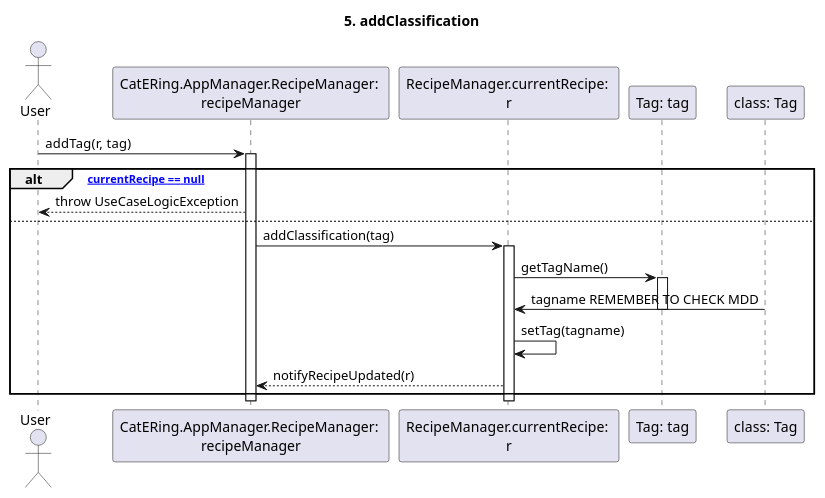
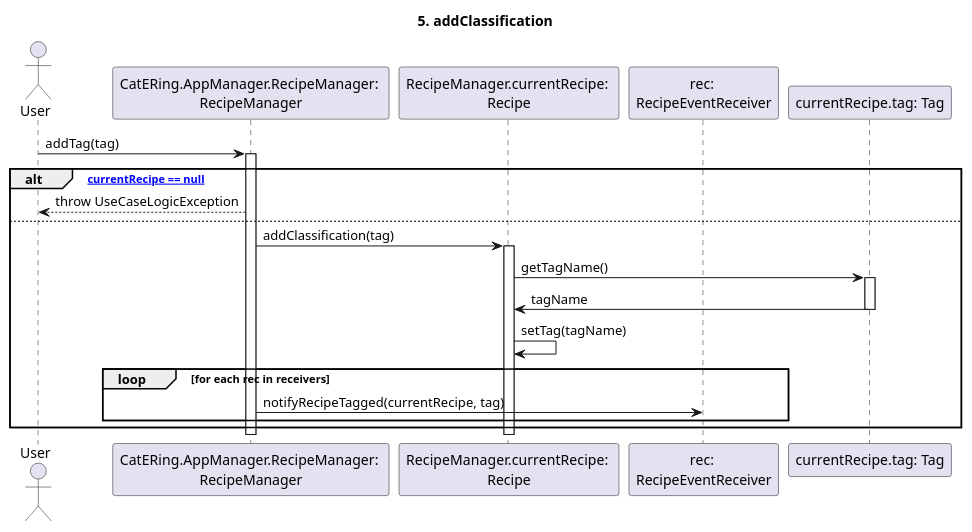
Before and after one commit to m0canu1/sas: the diagram in dsd/dsd-ricette/4-tagging.md, drawn with PlantUML. The commit also changed 3 other files, not shown here.

````diff
--- a/dsd/dsd-ricette/4-tagging.md
+++ b/dsd/dsd-ricette/4-tagging.md
@@ -1,29 +1,32 @@
 ```plantuml
 
 title: 5. addClassification
 
 Actor User
-Participant "CatERing.AppManager.RecipeManager: \nrecipeManager" as RM
-Participant "RecipeManager.currentRecipe: \nr" as CR
+Participant "CatERing.AppManager.RecipeManager: \nRecipeManager" as RM
+Participant "RecipeManager.currentRecipe: \nRecipe" as CR
+Participant "rec: \nRecipeEventReceiver" as RER
 
-User -> RM: addTag(r, tag)
+User -> RM: addTag(tag)
 Activate RM
 
 alt ["currentRecipe == null"]
 	RM --> User: throw UseCaseLogicException
 else
 	RM -> CR: addClassification(tag)
 	Activate CR
 
-	CR -> "Tag: tag": getTagName()
-	Activate "Tag: tag"
-	"class: Tag" -> CR: tagname REMEMBER TO CHECK MDD
-	Deactivate "Tag: tag"
-	CR -> CR: setTag(tagname)
-	CR --> RM: notifyRecipeUpdated(r)
+	CR -> "currentRecipe.tag: Tag": getTagName()
+	Activate "currentRecipe.tag: Tag"
+	"currentRecipe.tag: Tag" -> CR: tagName
+	Deactivate "currentRecipe.tag: Tag"
+	CR -> CR: setTag(tagName)
+	loop for each rec in receivers
+		RM -> RER: notifyRecipeTagged(currentRecipe, tag)
+	end
 end
 Deactivate CR
 Deactivate RM
 
 
 ```
````
